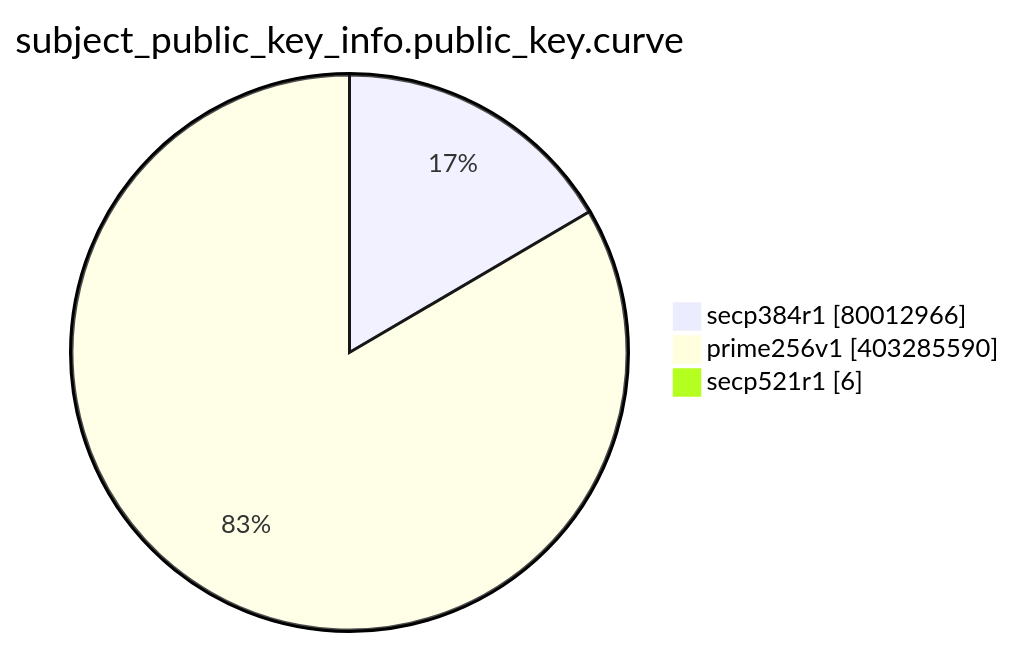
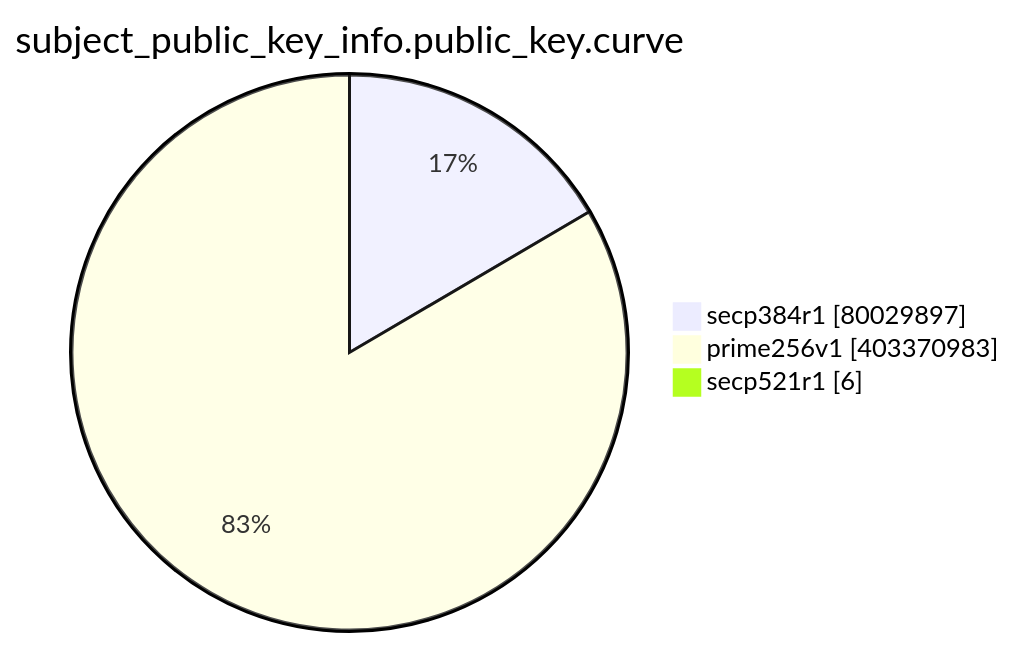
Before and after one commit to christiankrug/ctmonitor_visualization: the eighth of 15 diagrams in TOTAL/README.md, drawn with Mermaid. The commit also changed other lines of this file, not shown here.

````diff
--- a/TOTAL/README.md
+++ b/TOTAL/README.md
@@ -3095,7 +3095,7 @@
 ```mermaid
 pie showData
 title subject_public_key_info.public_key.curve
-"secp384r1" :80012966
-"prime256v1" :403285590
+"secp384r1" :80029897
+"prime256v1" :403370983
 "secp521r1" :6
 ```
````
